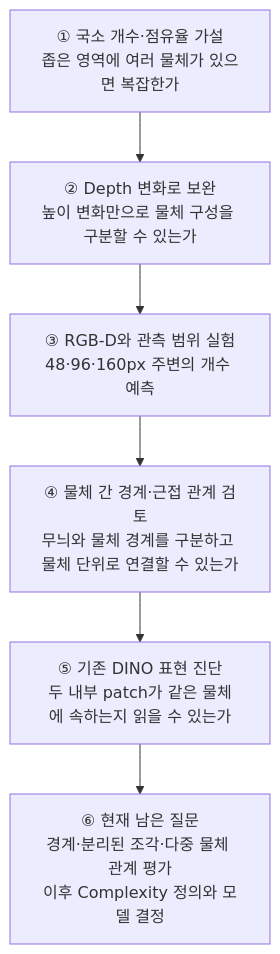
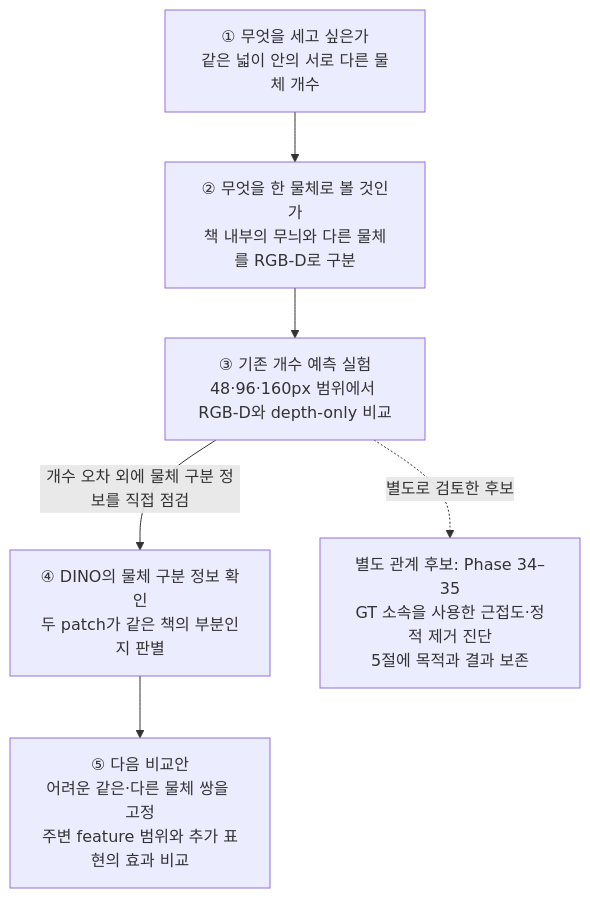
The seventh of 13 diagrams in README.md (JeonHaneul/2D-PDM_DINOv3), drawn with Mermaid before and after one commit. The commit also changed other lines of this file and 1 other file, not shown here.

Commit message:
docs: clarify complexity questions and define the next comparison

````diff
--- a/README.md
+++ b/README.md
@@ -2221,10 +2221,13 @@
 ```mermaid
 flowchart TD
-    N1["① 국소 개수·점유율 가설<br/>좁은 영역에 여러 물체가 있으면 복잡한가"]
-    N2["② Depth 변화로 보완<br/>높이 변화만으로 물체 구성을 구분할 수 있는가"]
-    N3["③ RGB-D와 관측 범위 실험<br/>48·96·160px 주변의 개수 예측"]
-    N4["④ 물체 간 경계·근접 관계 검토<br/>무늬와 물체 경계를 구분하고 물체 단위로 연결할 수 있는가"]
-    N5["⑤ 기존 DINO 표현 진단<br/>두 내부 patch가 같은 물체에 속하는지 읽을 수 있는가"]
-    N6["⑥ 현재 남은 질문<br/>경계·분리된 조각·다중 물체 관계 평가<br/>이후 Complexity 정의와 모델 결정"]
-    N1 --> N2 --> N3 --> N4 --> N5 --> N6
+    N1["① 무엇을 세고 싶은가<br/>같은 넓이 안의 서로 다른 물체 개수"]
+    N2["② 무엇을 한 물체로 볼 것인가<br/>책 내부의 무늬와 다른 물체를 RGB-D로 구분"]
+    N3["③ 기존 개수 예측 실험<br/>48·96·160px 범위에서 RGB-D와 depth-only 비교"]
+    N4["④ DINO의 물체 구분 정보 확인<br/>두 patch가 같은 책의 부분인지 판별"]
+    N5["⑤ 다음 비교안<br/>어려운 같은·다른 물체 쌍을 고정<br/>주변 feature 범위와 추가 표현의 효과 비교"]
+    H["별도 관계 후보: Phase 34–35<br/>GT 소속을 사용한 근접도·정적 제거 진단<br/>5절에 목적과 결과 보존"]
+    N1 --> N2 --> N3
+    N3 -->|"개수 오차 외에 물체 구분 정보를 직접 점검"| N4
+    N4 --> N5
+    N3 -. "별도로 검토한 후보" .-> H
 ```
````
